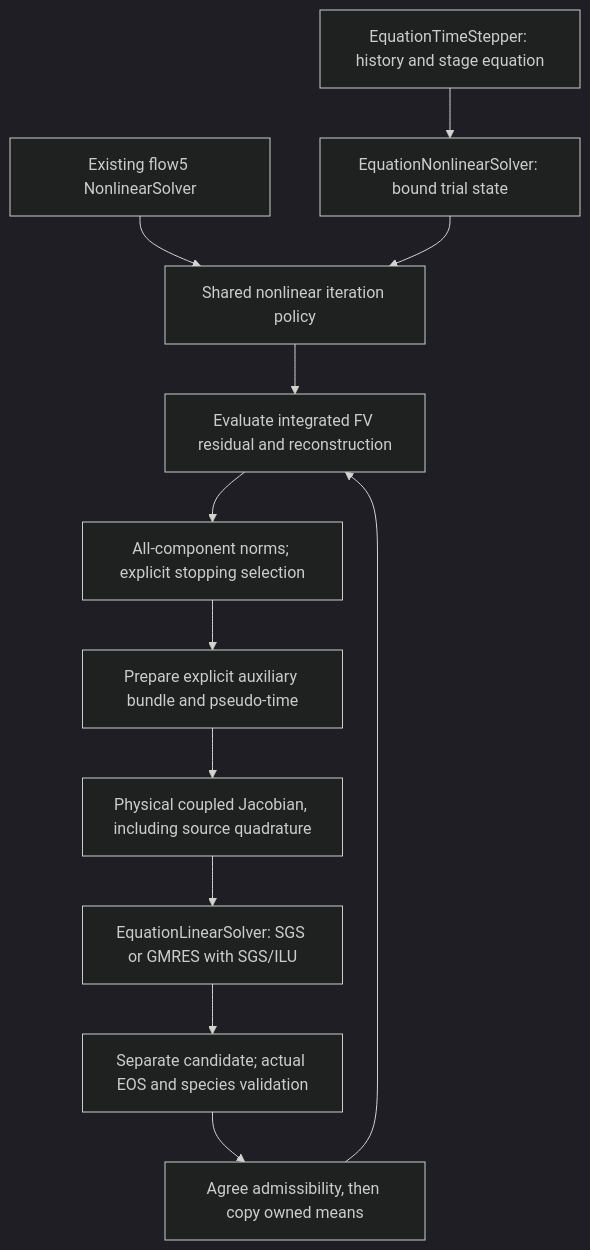
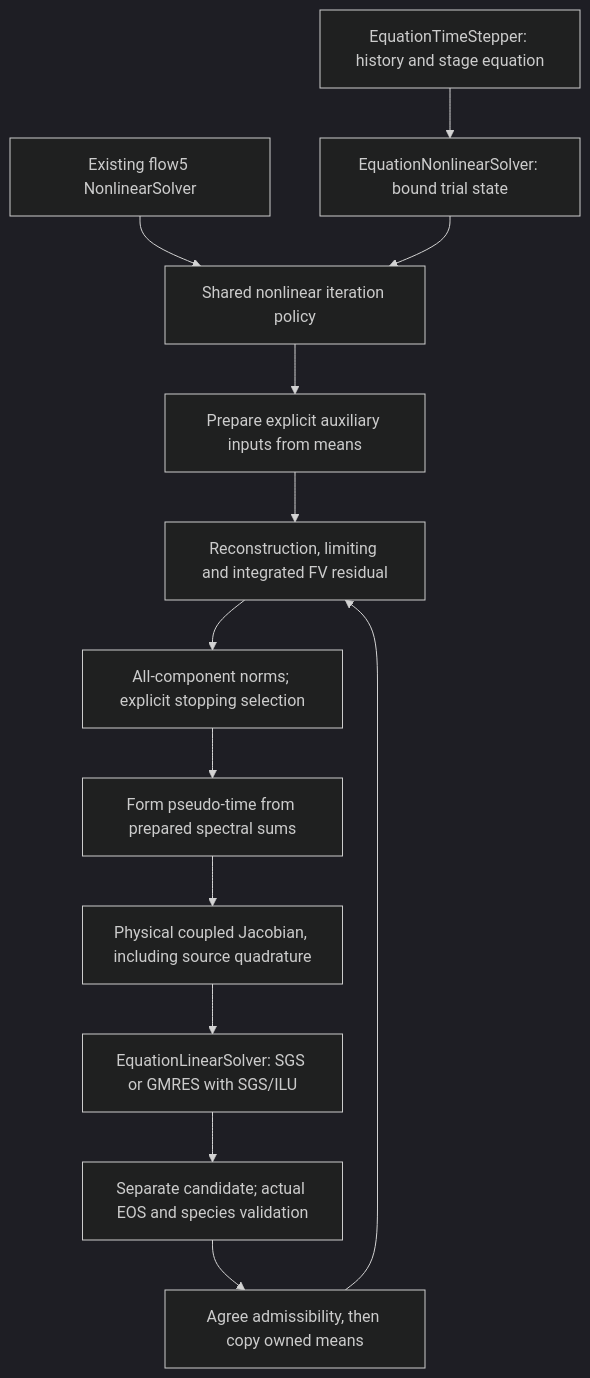
One commit to harryzhou2000/DNDSR changed the third of 3 diagrams in docs/architecture/CauchyImplicit.md. Above: the diagram before and after it, drawn with Mermaid (dark theme). The commit also changed other lines of this file and 86 other files, not shown here.

````diff
--- a/docs/architecture/CauchyImplicit.md
+++ b/docs/architecture/CauchyImplicit.md
@@ -983,14 +1162,15 @@
 ```mermaid
 flowchart TD
     Time[EquationTimeStepper: history and stage equation] --> Equation[EquationNonlinearSolver: bound trial state]
     Field[Existing flow5 NonlinearSolver] --> Policy[Shared nonlinear iteration policy]
     Equation --> Policy
-    Policy --> Residual[Evaluate integrated FV residual and reconstruction]
+    Policy --> Auxiliary[Prepare explicit auxiliary inputs from means]
+    Auxiliary --> Residual[Reconstruction, limiting and integrated FV residual]
     Residual --> Norm[All-component norms; explicit stopping selection]
-    Norm --> Auxiliary[Prepare explicit auxiliary bundle and pseudo-time]
-    Auxiliary --> Jacobian[Physical coupled Jacobian, including source quadrature]
+    Norm --> PseudoTime[Form pseudo-time from prepared spectral sums]
+    PseudoTime --> Jacobian[Physical coupled Jacobian, including source quadrature]
     Jacobian --> Linear[EquationLinearSolver: SGS or GMRES with SGS/ILU]
     Linear --> Candidate[Separate candidate; actual EOS and species validation]
     Candidate --> Commit[Agree admissibility, then copy owned means]
     Commit --> Residual
 ```
````
